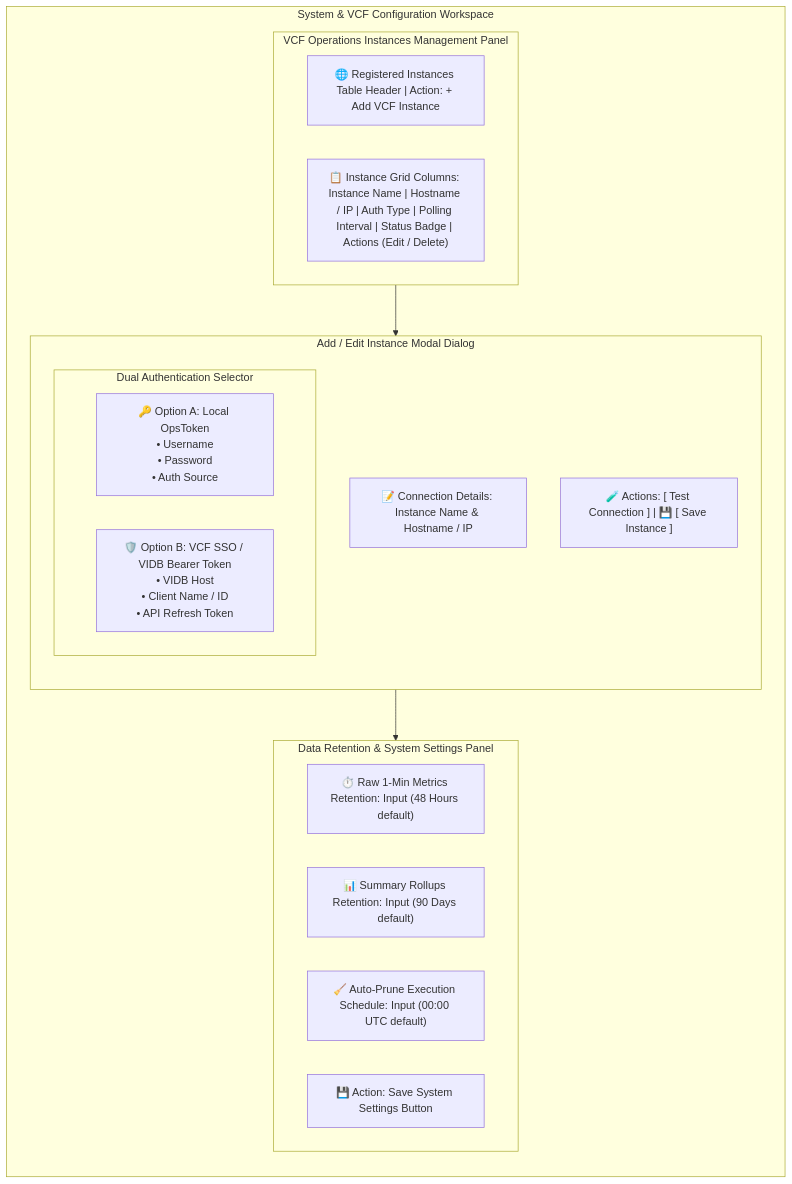
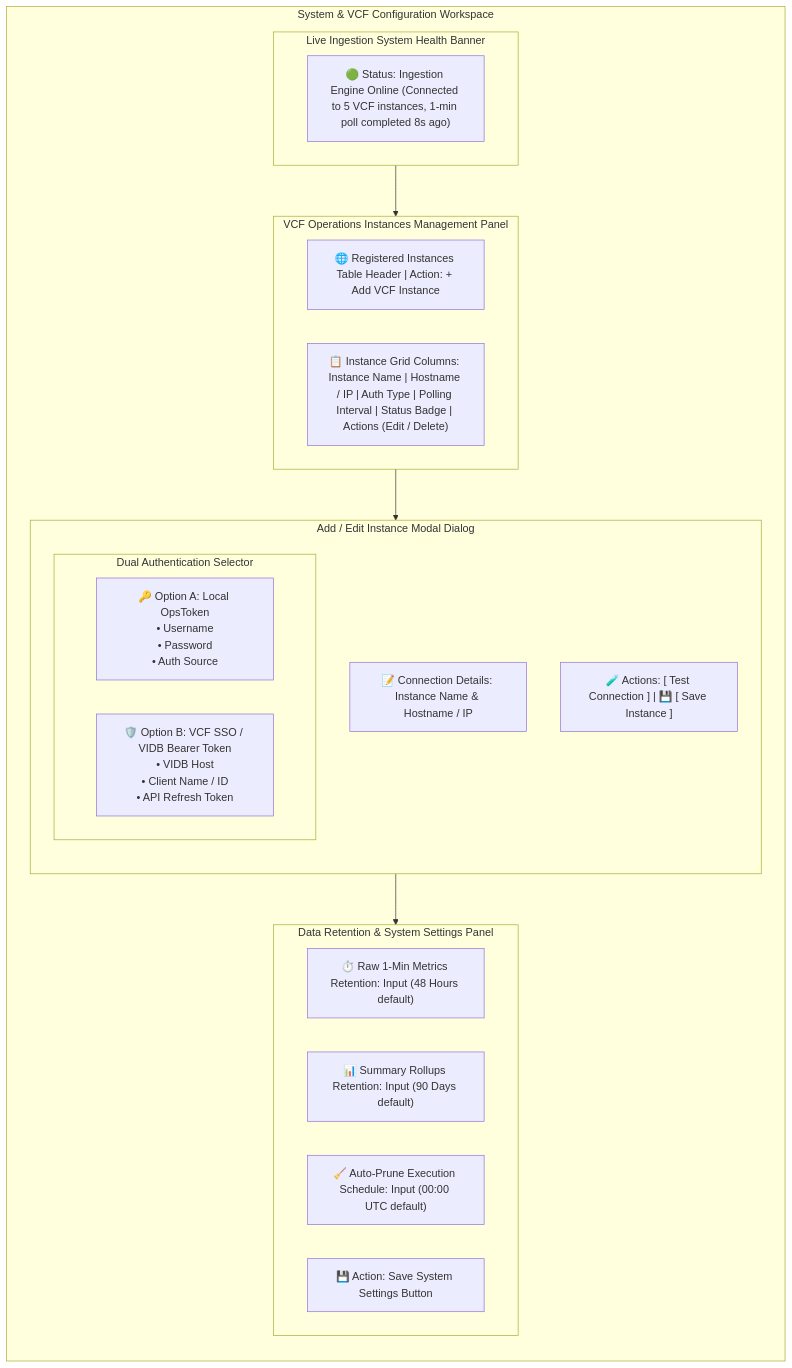
The diagram in Documentation/Web_Pages/07_System_Configuration_Page.md (e1-rahabok/Federated-VCF-Operations), drawn with Mermaid before and after one commit. The commit also changed other lines of this file and 6 other files, not shown here.

Commit message:
docs & feat: update SSOT requirements and specs for chart features and settings health banner

````diff
--- a/Documentation/Web_Pages/07_System_Configuration_Page.md
+++ b/Documentation/Web_Pages/07_System_Configuration_Page.md
@@ -11,34 +11,39 @@
 ```mermaid
 graph TD
     subgraph Settings_Workspace ["System & VCF Configuration Workspace"]
         direction TB
+
+        subgraph Ingestion_Banner ["Live Ingestion System Health Banner"]
+            B1["🟢 Status: Ingestion Engine Online (Connected to 5 VCF instances, 1-min poll completed 8s ago)"]
+        end
 
         subgraph Instance_Section ["VCF Operations Instances Management Panel"]
             I_Header["🌐 Registered Instances Table Header | Action: + Add VCF Instance"]
             I_Table["📋 Instance Grid Columns: Instance Name | Hostname / IP | Auth Type | Polling Interval | Status Badge | Actions (Edit / Delete)"]
         end
 
         subgraph Auth_Modal ["Add / Edit Instance Modal Dialog"]
             direction TB
             M_Inputs["📝 Connection Details: Instance Name & Hostname / IP"]
             
             subgraph Auth_Options ["Dual Authentication Selector"]
                 direction LR
                 Opt_A["🔑 Option A: Local OpsToken<br/>• Username<br/>• Password<br/>• Auth Source"]
                 Opt_B["🛡️ Option B: VCF SSO / VIDB Bearer Token<br/>• VIDB Host<br/>• Client Name / ID<br/>• API Refresh Token"]
             end
 
             M_Actions["🧪 Actions: [ Test Connection ] | 💾 [ Save Instance ]"]
         end
 
         subgraph Retention_Section ["Data Retention & System Settings Panel"]
             R1["⏱️ Raw 1-Min Metrics Retention: Input (48 Hours default)"]
             R2["📊 Summary Rollups Retention: Input (90 Days default)"]
             R3["🧹 Auto-Prune Execution Schedule: Input (00:00 UTC default)"]
             R4["💾 Action: Save System Settings Button"]
         end
     end
 
+    Ingestion_Banner --> Instance_Section
     Instance_Section --> Auth_Modal
     Auth_Modal --> Retention_Section
 ```
````
